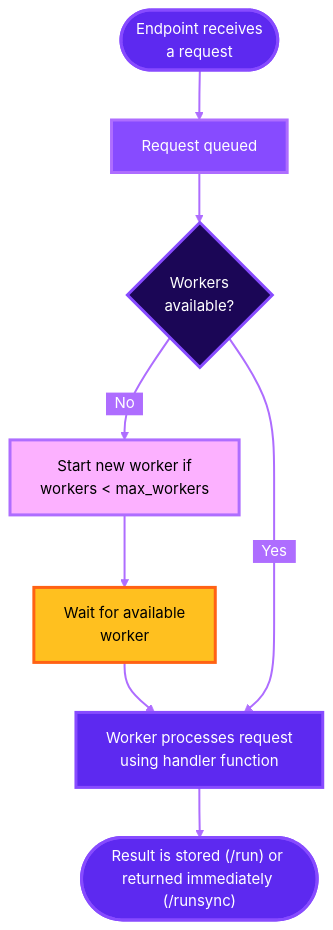
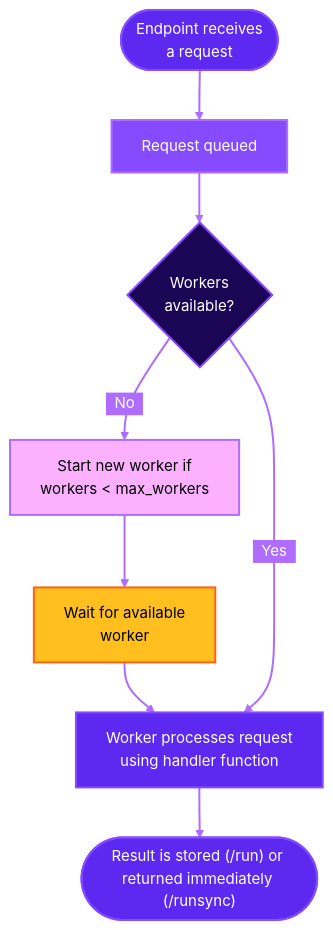
The diagram in serverless/overview.mdx (runpod/docs), drawn with Mermaid before and after one commit.

Commit message:
stroke width

````diff
--- a/serverless/overview.mdx
+++ b/serverless/overview.mdx
@@ -69,27 +69,27 @@
 ```mermaid
 %%{init: {'theme':'base', 'themeVariables': { 'primaryColor':'#5D29F0','primaryTextColor':'#fff','primaryBorderColor':'#874BFF','lineColor':'#AE6DFF','secondaryColor':'#AE6DFF','tertiaryColor':'#FCB1FF','edgeLabelBackground':'#AE6DFF', 'fontSize':'15px','fontFamily':'font-inter'}}}%%
 
 flowchart TD
     Start([Endpoint receives<br/>a request]) --> Queue[Request queued]
     
     Queue --> CheckActive{Workers<br/>available?}
     
     CheckActive -->|"&nbsp;&nbsp;No&nbsp;&nbsp;"| ColdStart[Start new worker if<br/> workers < max_workers]
 
     ColdStart --> WaitWorker[Wait for available<br/>worker]
     
     WaitWorker --> Process[Worker processes request<br/>using handler function]
     
     CheckActive -->|"&nbsp;&nbsp;Yes&nbsp;&nbsp;"| Process
     
     Process --> End(["Result is stored (/run) or returned immediately (/runsync)"])
     
-    style CheckActive fill:#1B0656,stroke:#874BFF,color:#FFFFFF,stroke-width:3px
-    style Start fill:#5D29F0,stroke:#874BFF,color:#FFFFFF,stroke-width:3px
-    style End fill:#5D29F0,stroke:#874BFF,color:#FFFFFF,stroke-width:3px
-    style ColdStart fill:#FCB1FF,stroke:#AE6DFF,color:#000000,stroke-width:3px
-    style Queue fill:#874BFF,stroke:#AE6DFF,color:#FFFFFF,stroke-width:3px
-    style WaitWorker fill:#FFC01F,stroke:#FF6214,color:#000000,stroke-width:3px
-    style Process fill:#5D29F0,stroke:#874BFF,color:#FFFFFF,stroke-width:3px
+    style CheckActive fill:#1B0656,stroke:#874BFF,color:#FFFFFF,stroke-width:2px
+    style Start fill:#5D29F0,stroke:#874BFF,color:#FFFFFF,stroke-width:2px
+    style End fill:#5D29F0,stroke:#874BFF,color:#FFFFFF,stroke-width:2px
+    style ColdStart fill:#FCB1FF,stroke:#AE6DFF,color:#000000,stroke-width:2px
+    style Queue fill:#874BFF,stroke:#AE6DFF,color:#FFFFFF,stroke-width:2px
+    style WaitWorker fill:#FFC01F,stroke:#FF6214,color:#000000,stroke-width:2px
+    style Process fill:#5D29F0,stroke:#874BFF,color:#FFFFFF,stroke-width:2px
     linkStyle default stroke-width:2px
 ```
````
